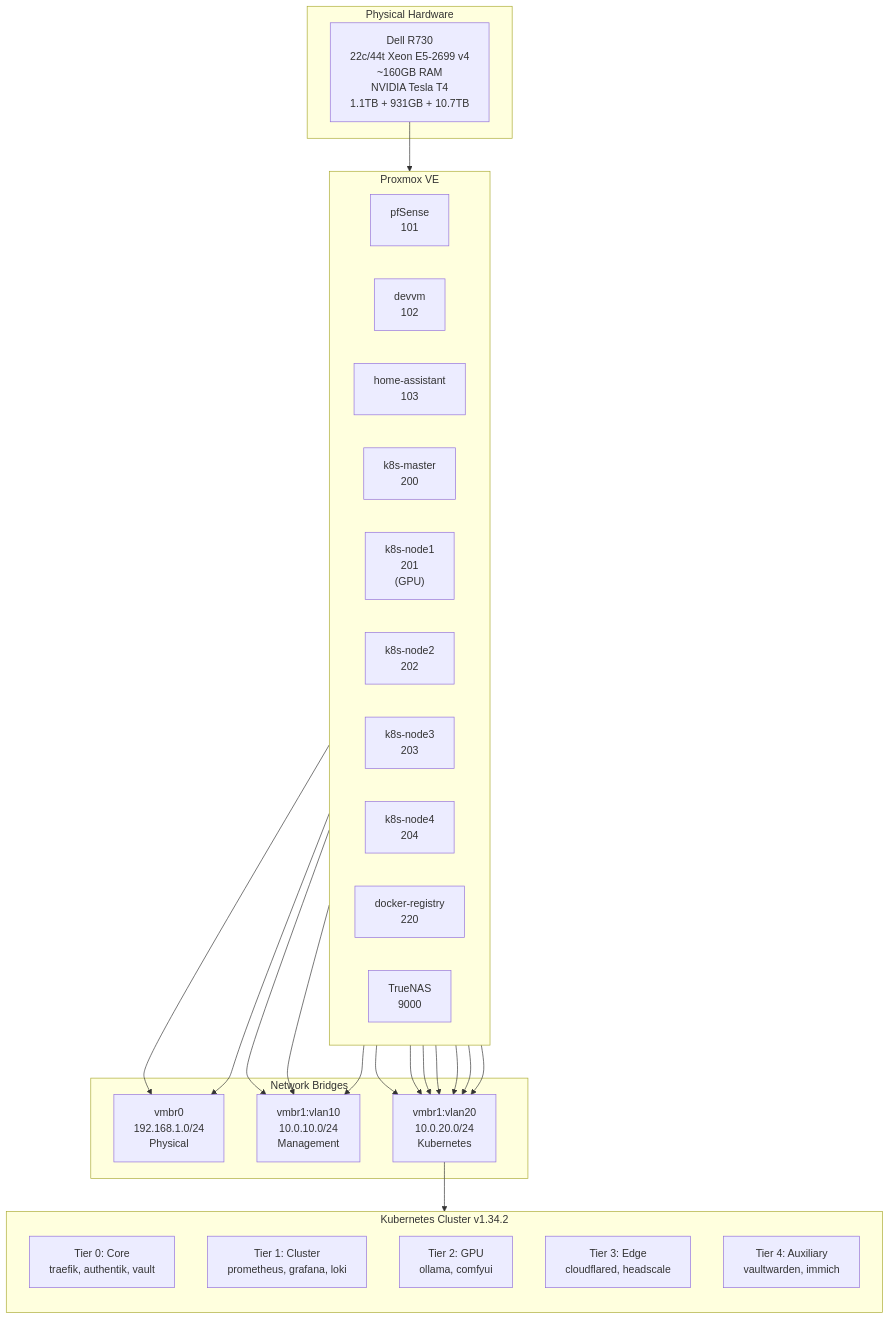
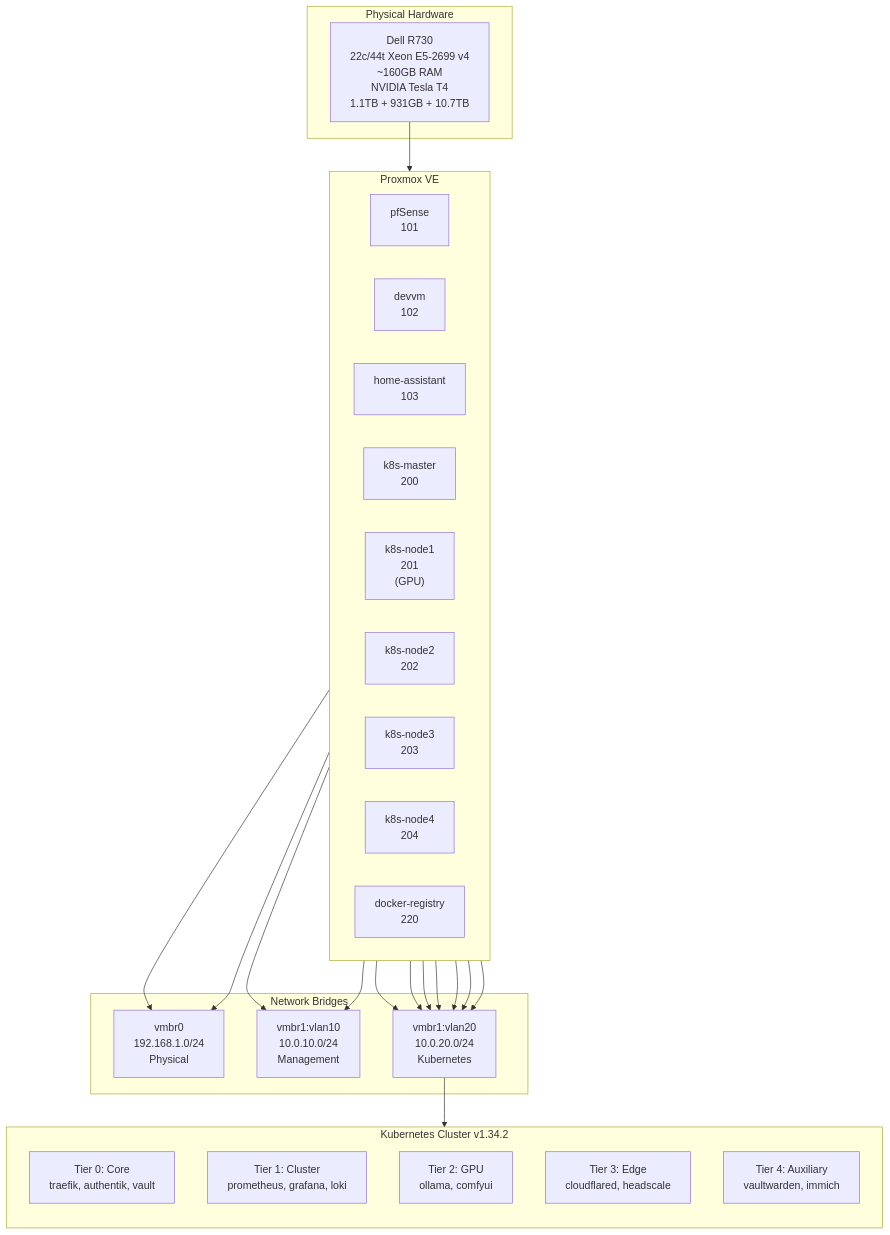
Before and after one commit to ViktorBarzin/infra: the diagram in docs/architecture/overview.md, drawn with Mermaid. The commit also changed other lines of this file and 19 other files, not shown here.

First line of the commit message:
deprecate TrueNAS: migrate Immich NFS to Proxmox, remove all 10.0.10.15 references [ci skip]

````diff
--- a/docs/architecture/overview.md
+++ b/docs/architecture/overview.md
@@ -9,53 +9,51 @@
 ```mermaid
 graph TB
     subgraph Physical["Physical Hardware"]
         R730["Dell R730<br/>22c/44t Xeon E5-2699 v4<br/>~160GB RAM<br/>NVIDIA Tesla T4<br/>1.1TB + 931GB + 10.7TB"]
     end
 
     subgraph Proxmox["Proxmox VE"]
         direction LR
         PF["pfSense<br/>101"]
         DEV["devvm<br/>102"]
         HA["home-assistant<br/>103"]
         MASTER["k8s-master<br/>200"]
         NODE1["k8s-node1<br/>201<br/>(GPU)"]
         NODE2["k8s-node2<br/>202"]
         NODE3["k8s-node3<br/>203"]
         NODE4["k8s-node4<br/>204"]
         REG["docker-registry<br/>220"]
-        TN["TrueNAS<br/>9000"]
     end
 
     subgraph Network["Network Bridges"]
         VMBR0["vmbr0<br/>192.168.1.0/24<br/>Physical"]
         VMBR1_10["vmbr1:vlan10<br/>10.0.10.0/24<br/>Management"]
         VMBR1_20["vmbr1:vlan20<br/>10.0.20.0/24<br/>Kubernetes"]
     end
 
     subgraph K8s["Kubernetes Cluster v1.34.2"]
         direction TB
         TIER0["Tier 0: Core<br/>traefik, authentik, vault"]
         TIER1["Tier 1: Cluster<br/>prometheus, grafana, loki"]
         TIER2["Tier 2: GPU<br/>ollama, comfyui"]
         TIER3["Tier 3: Edge<br/>cloudflared, headscale"]
         TIER4["Tier 4: Auxiliary<br/>vaultwarden, immich"]
     end
 
     R730 --> Proxmox
 
     PF --> VMBR0
     PF --> VMBR1_10
     PF --> VMBR1_20
     HA --> VMBR0
     DEV --> VMBR1_10
-    TN --> VMBR1_10
 
     MASTER --> VMBR1_20
     NODE1 --> VMBR1_20
     NODE2 --> VMBR1_20
     NODE3 --> VMBR1_20
     NODE4 --> VMBR1_20
     REG --> VMBR1_20
 
     VMBR1_20 --> K8s
 ```
````
